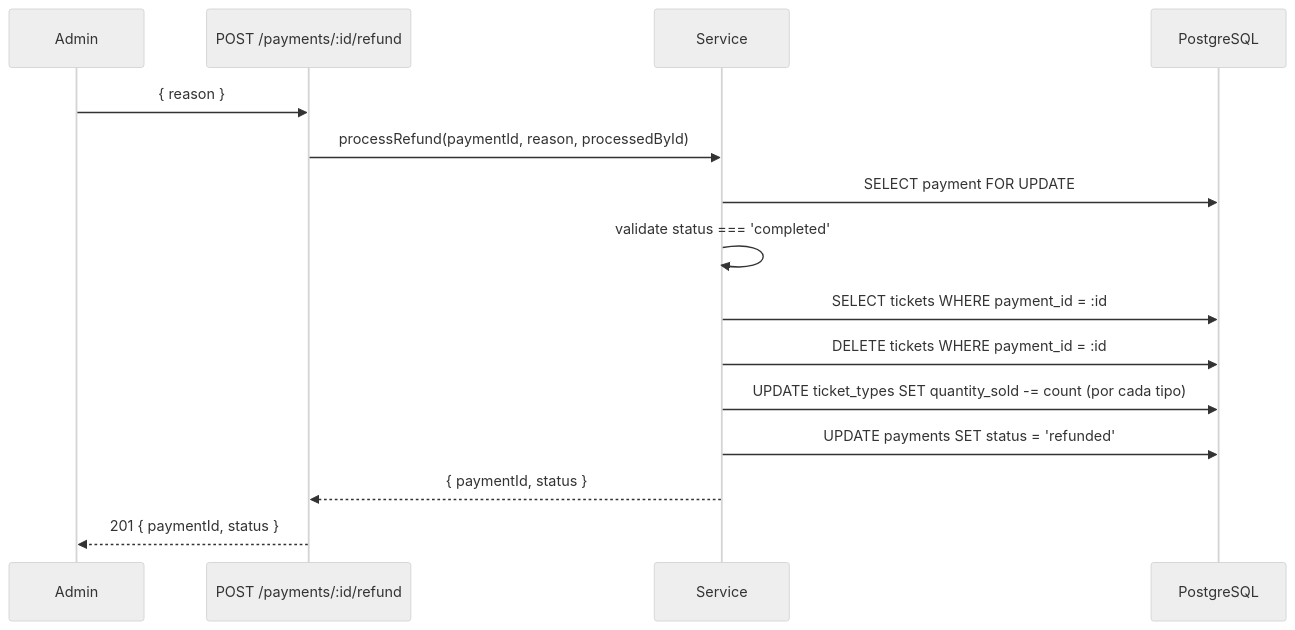
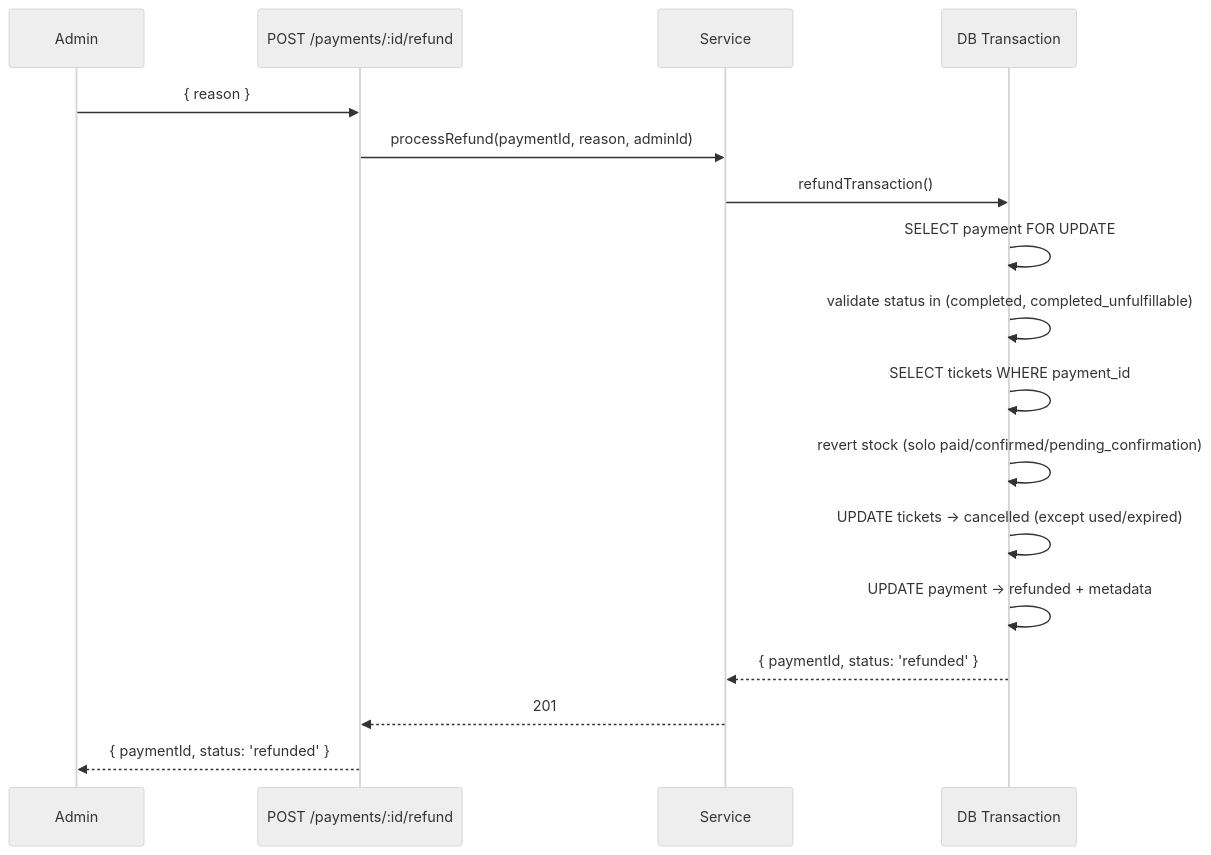
The third of 4 diagrams in backend/src/modules/payments/README.md (User281167/venta-de-tickets), drawn with Mermaid (neutral theme) before and after one commit. The commit also changed other lines of this file and 6 other files, not shown here.

Commit message:
docs: mejroar readme y actulizarlos tanto tipos y rutas como diagramas de flujo

````diff
--- a/backend/src/modules/payments/README.md
+++ b/backend/src/modules/payments/README.md
@@ -79,18 +163,20 @@
 ```mermaid
 sequenceDiagram
     participant A as Admin
     participant API as POST /payments/:id/refund
     participant S as Service
-    participant DB as PostgreSQL
+    participant Tx as DB Transaction
 
     A->>API: { reason }
-    API->>S: processRefund(paymentId, reason, processedById)
-    S->>DB: SELECT payment FOR UPDATE
-    S->>S: validate status === 'completed'
-    S->>DB: SELECT tickets WHERE payment_id = :id
-    S->>DB: DELETE tickets WHERE payment_id = :id
-    S->>DB: UPDATE ticket_types SET quantity_sold -= count (por cada tipo)
-    S->>DB: UPDATE payments SET status = 'refunded'
-    S-->>API: { paymentId, status }
-    API-->>A: 201 { paymentId, status }
+    API->>S: processRefund(paymentId, reason, adminId)
+    S->>Tx: refundTransaction()
+    Tx->>Tx: SELECT payment FOR UPDATE
+    Tx->>Tx: validate status in (completed, completed_unfulfillable)
+    Tx->>Tx: SELECT tickets WHERE payment_id
+    Tx->>Tx: revert stock (solo paid/confirmed/pending_confirmation)
+    Tx->>Tx: UPDATE tickets → cancelled (except used/expired)
+    Tx->>Tx: UPDATE payment → refunded + metadata
+    Tx-->>S: { paymentId, status: 'refunded' }
+    S-->>API: 201
+    API-->>A: { paymentId, status: 'refunded' }
 ```
````
